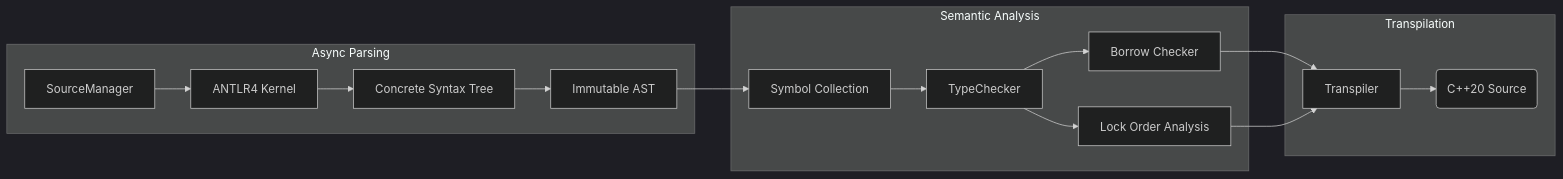
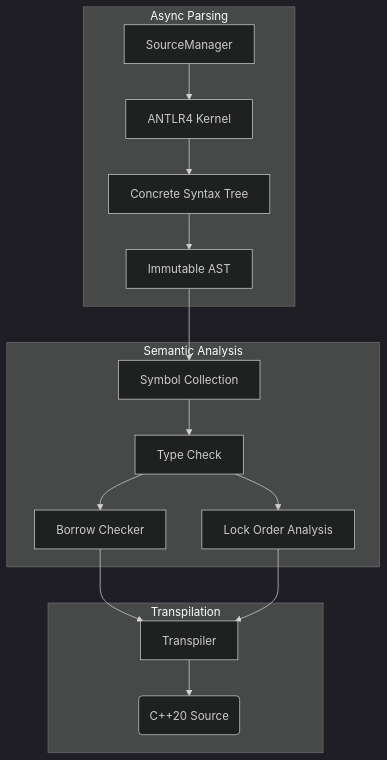
The diagram in reports/week1.md (ZikZhao/Zinc), drawn with Mermaid (dark theme) before and after one commit. The commit also changed other lines of this file and 1 other file, not shown here.

````diff
--- a/reports/week1.md
+++ b/reports/week1.md
@@ -17,25 +17,25 @@
 ```mermaid
-flowchart LR
+flowchart 
 
     subgraph P1 [Async Parsing]
         SM[SourceManager] --> ANTLR[ANTLR4 Kernel]
         ANTLR --> CST[Concrete Syntax Tree]
         CST --> AST[Immutable AST]
     end
 
     subgraph P2 [Semantic Analysis]
-        SC[Symbol Collection] --> TC[TypeChecker]
+        SC[Symbol Collection] --> TC[Type Check]
         BC[Borrow Checker]
         LO[Lock Order Analysis]
         TC --> BC
         TC --> LO
     end
 
     subgraph P3 [Transpilation]
         Transpiler[Transpiler] --> CPP(C++20 Source)
     end
 
     AST --> SC
     BC --> Transpiler
     LO --> Transpiler
 ```
````
